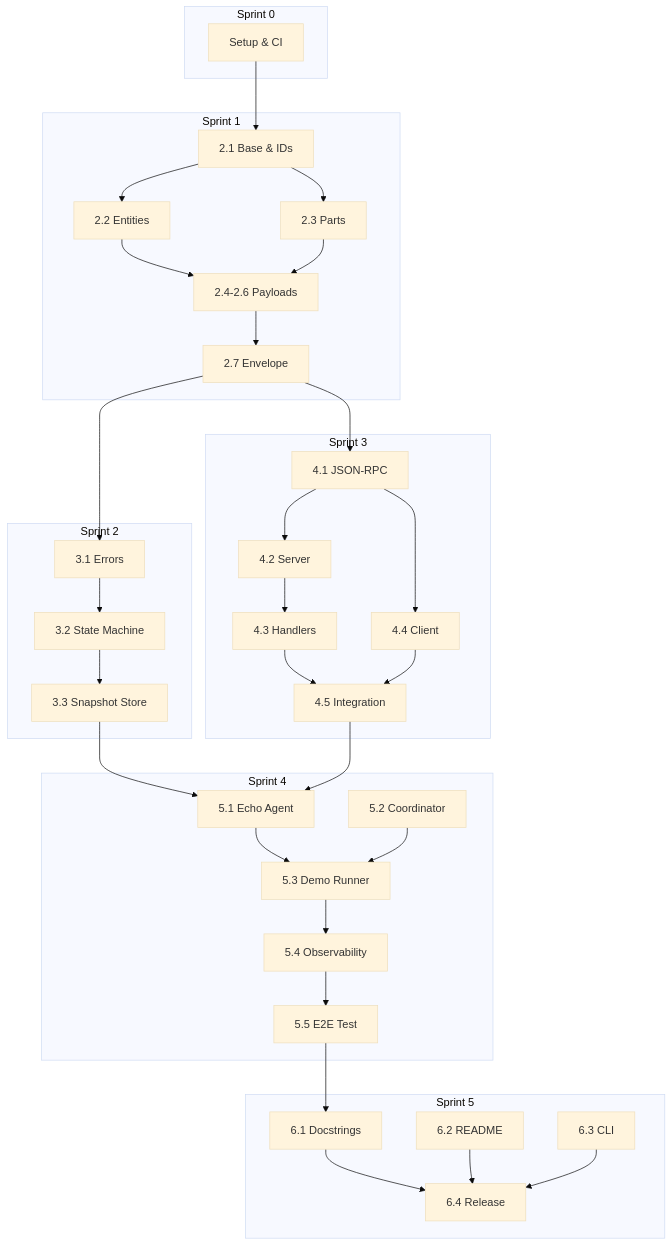
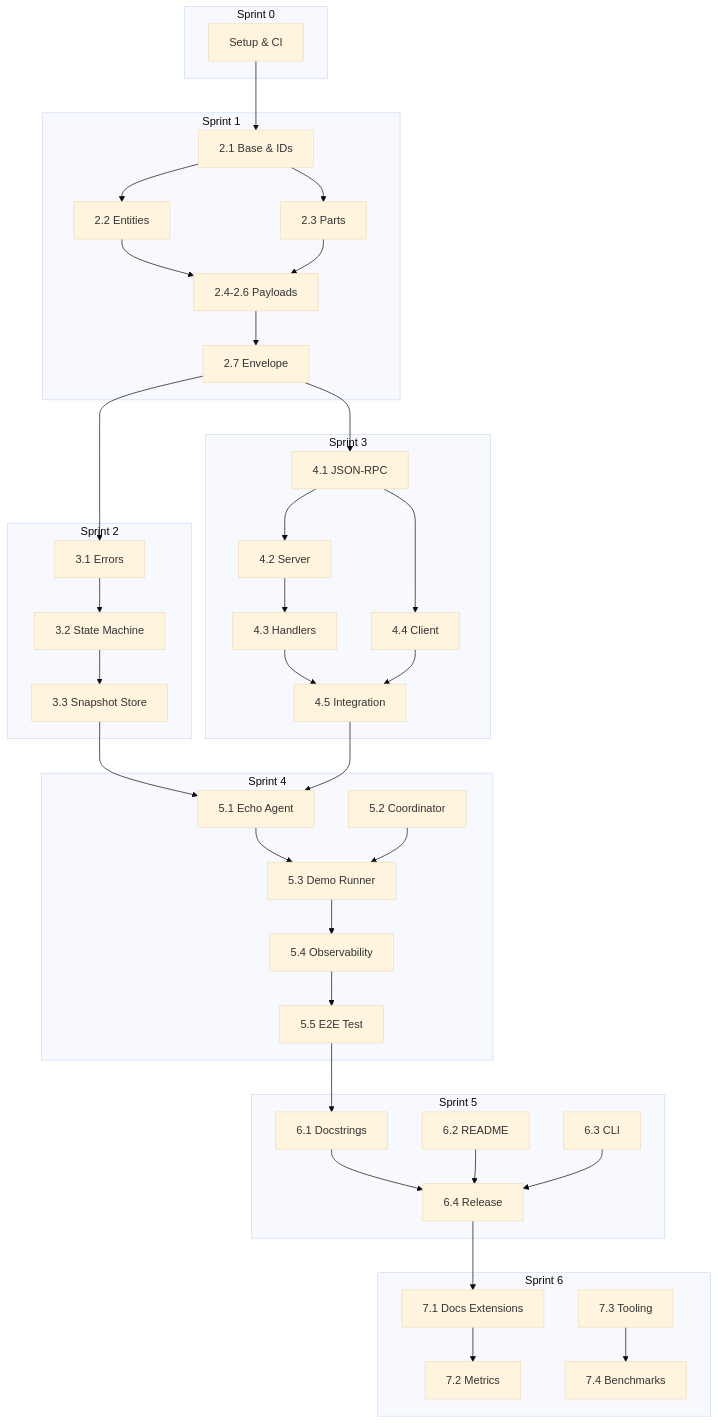
The diagram in .cursor/dev-planning/tasks/tasks-prd-asap-implementation.md (adriannoes/asap-protocol), drawn with Mermaid (base theme) before and after one commit. The commit also changed other lines of this file, not shown here.

Commit message:
docs(planning): expand Sprint 5 and add Sprint 6 scope

````diff
--- a/.cursor/dev-planning/tasks/tasks-prd-asap-implementation.md
+++ b/.cursor/dev-planning/tasks/tasks-prd-asap-implementation.md
@@ -724,47 +787,53 @@
 ```mermaid
 graph TD
     subgraph Sprint 0
         S0[Setup & CI]
     end
     
     subgraph Sprint 1
         S1A[2.1 Base & IDs] --> S1B[2.2 Entities]
         S1A --> S1C[2.3 Parts]
         S1B --> S1D[2.4-2.6 Payloads]
         S1C --> S1D
         S1D --> S1E[2.7 Envelope]
     end
     
     subgraph Sprint 2
         S2A[3.1 Errors] --> S2B[3.2 State Machine]
         S2B --> S2C[3.3 Snapshot Store]
     end
     
     subgraph Sprint 3
         S3A[4.1 JSON-RPC] --> S3B[4.2 Server]
         S3B --> S3C[4.3 Handlers]
         S3A --> S3D[4.4 Client]
         S3C --> S3E[4.5 Integration]
         S3D --> S3E
     end
     
     subgraph Sprint 4
         S4A[5.1 Echo Agent] --> S4C[5.3 Demo Runner]
         S4B[5.2 Coordinator] --> S4C
         S4C --> S4D[5.4 Observability]
         S4D --> S4E[5.5 E2E Test]
     end
     
     subgraph Sprint 5
         S5A[6.1 Docstrings] --> S5B[6.4 Release]
         S5C[6.2 README] --> S5B
         S5D[6.3 CLI] --> S5B
     end
     
+    subgraph Sprint 6
+        S6A[7.1 Docs Extensions] --> S6B[7.2 Metrics]
+        S6C[7.3 Tooling] --> S6D[7.4 Benchmarks]
+    end
+    
     S0 --> S1A
     S1E --> S2A
     S1E --> S3A
     S2C --> S4A
     S3E --> S4A
 S4E --> S5A
+    S5B --> S6A
 ```
````
